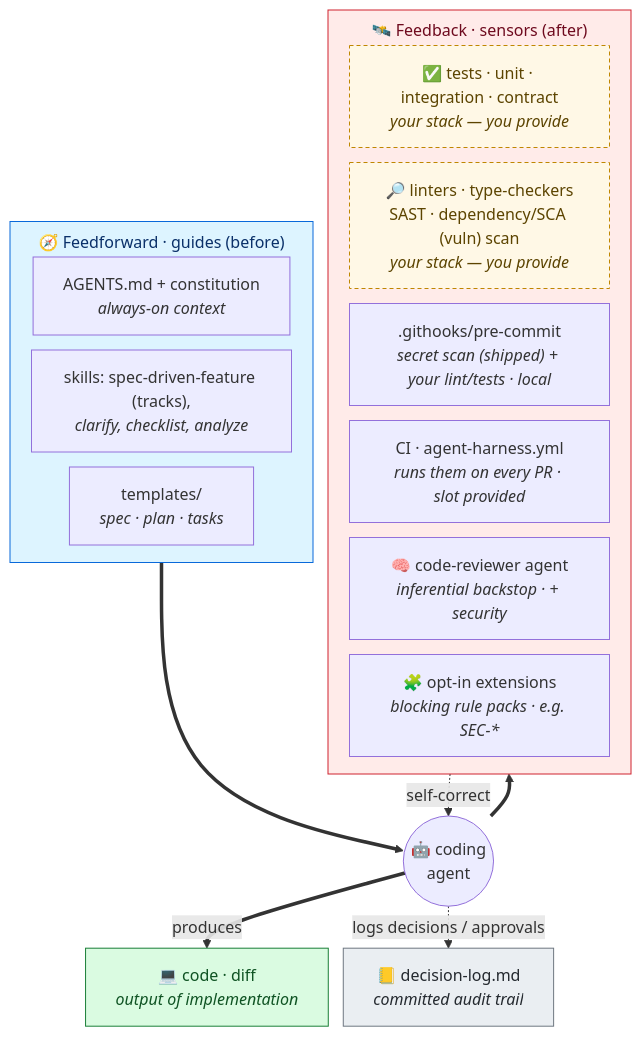
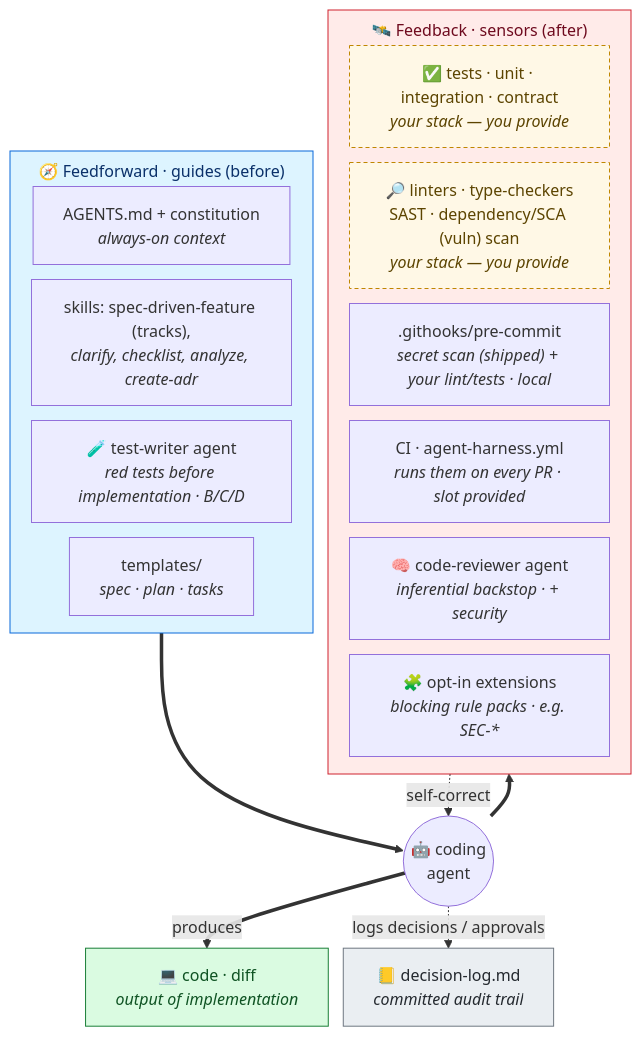
One commit to saptarshibasu/spec-driven-development changed the second of 2 diagrams in README.md. Above: the diagram before and after it, drawn with Mermaid. The commit also changed other lines of this file and 4 other files, not shown here.

Commit message:
Invoke test writer from workflow, revision of readme

````diff
--- a/README.md
+++ b/README.md
@@ -85,32 +92,33 @@
 ```mermaid
 %%{init: {'flowchart': {'nodeSpacing': 15, 'rankSpacing': 18, 'subGraphTitleMargin': {'top': 8, 'bottom': 10}}}}%%
 flowchart TB
     subgraph FF["🧭 Feedforward · guides (before)"]
         direction LR
         A["AGENTS.md + constitution<br/><i>always-on context</i>"]
-        SK["skills: spec-driven-feature (tracks),<br/><i>clarify, checklist, analyze</i>"]
+        SK["skills: spec-driven-feature (tracks),<br/><i>clarify, checklist, analyze, create-adr</i>"]
+        TW["🧪 test-writer agent<br/><i>red tests before implementation · B/C/D</i>"]
         TPL["templates/<br/><i>spec · plan · tasks</i>"]
     end
     subgraph FB["🛰️ Feedback · sensors (after)"]
         direction LR
         TS["✅ tests · unit · integration · contract<br/><i>your stack — you provide</i>"]:::byo
         SA["🔎 linters · type-checkers<br/>SAST · dependency/SCA (vuln) scan<br/><i>your stack — you provide</i>"]:::byo
         HK[".githooks/pre-commit<br/><i>secret scan (shipped) + your lint/tests · local</i>"]
         CI["CI · agent-harness.yml<br/><i>runs them on every PR · slot provided</i>"]
         AG["🧠 code-reviewer agent<br/><i>inferential backstop · + security</i>"]
         EX["🧩 opt-in extensions<br/><i>blocking rule packs · e.g. SEC-*</i>"]
     end
     FF ==> AGENT(("🤖 coding<br/>agent"))
     AGENT ==> FB
     AGENT ==>|produces| CODE["💻 code · diff<br/><i>output of implementation</i>"]:::out
     FB -. self-correct .-> AGENT
     AGENT -. logs decisions / approvals .-> DL2["📒 decision-log.md<br/><i>committed audit trail</i>"]:::cont
 
     classDef ff fill:#ddf4ff,stroke:#0969da,color:#0a3069
     classDef fb fill:#ffebe9,stroke:#cf222e,color:#6e0a1e
     classDef cont fill:#eaeef2,stroke:#6e7781,color:#24292f
     classDef byo fill:#fff8e6,stroke:#bf8700,color:#5c4400,stroke-dasharray:4 3
     classDef out fill:#dafbe1,stroke:#1a7f37,color:#0f5323
     class FF ff
     class FB fb
 ```
````
